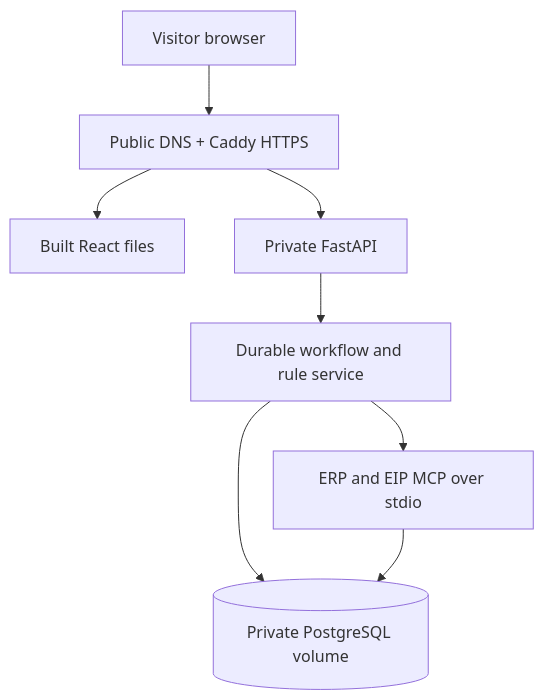
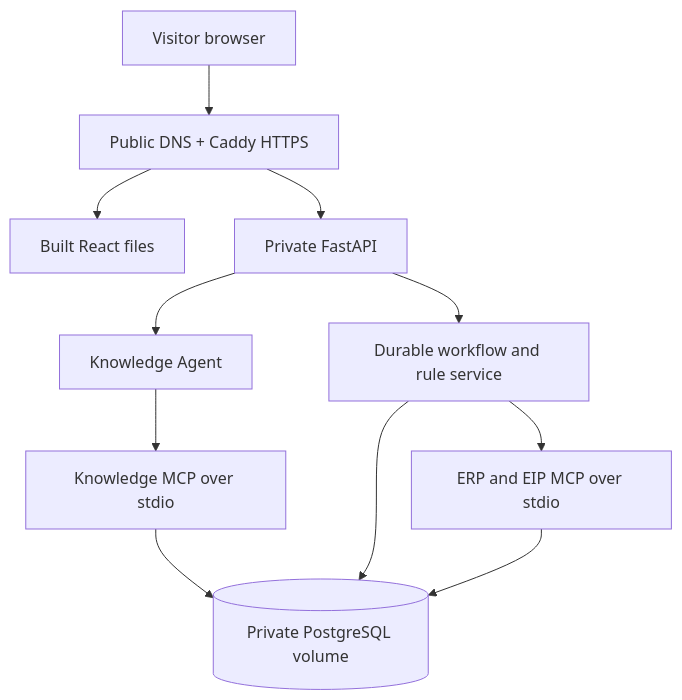
Before and after one commit to 3pwei/enterprise-ai-operations-hub-: the diagram in docs/architecture.md, drawn with Mermaid. The commit also changed other lines of this file and 39 other files, not shown here.

````diff
--- a/docs/architecture.md
+++ b/docs/architecture.md
@@ -3,10 +3,13 @@
 ```mermaid
 flowchart TD
   Browser[Visitor browser] --> Gateway[Public DNS + Caddy HTTPS]
   Gateway --> Static[Built React files]
   Gateway --> API[Private FastAPI]
+  API --> Knowledge[Knowledge Agent]
+  Knowledge --> KMCP[Knowledge MCP over stdio]
+  KMCP --> DB
   API --> Workflow[Durable workflow and rule service]
   Workflow --> MCP[ERP and EIP MCP over stdio]
   Workflow --> DB[(Private PostgreSQL volume)]
   MCP --> DB
 ```
````
